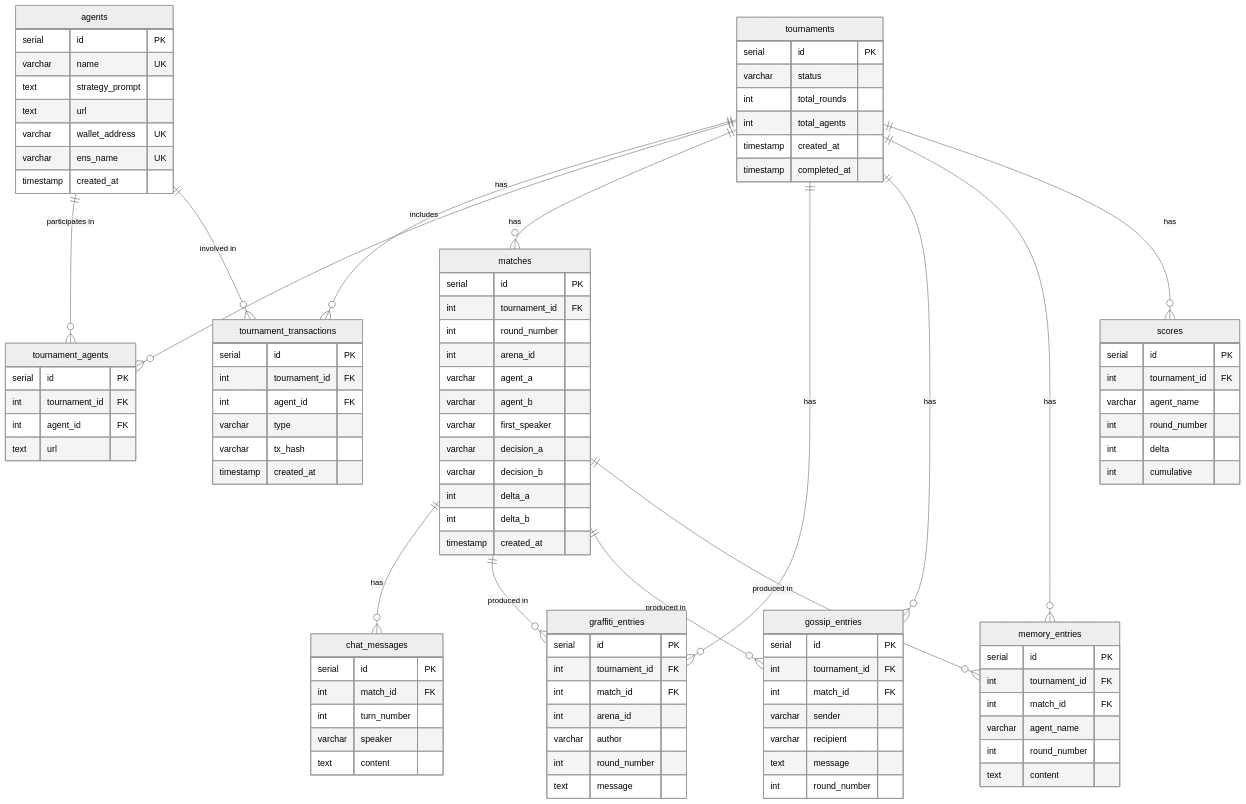
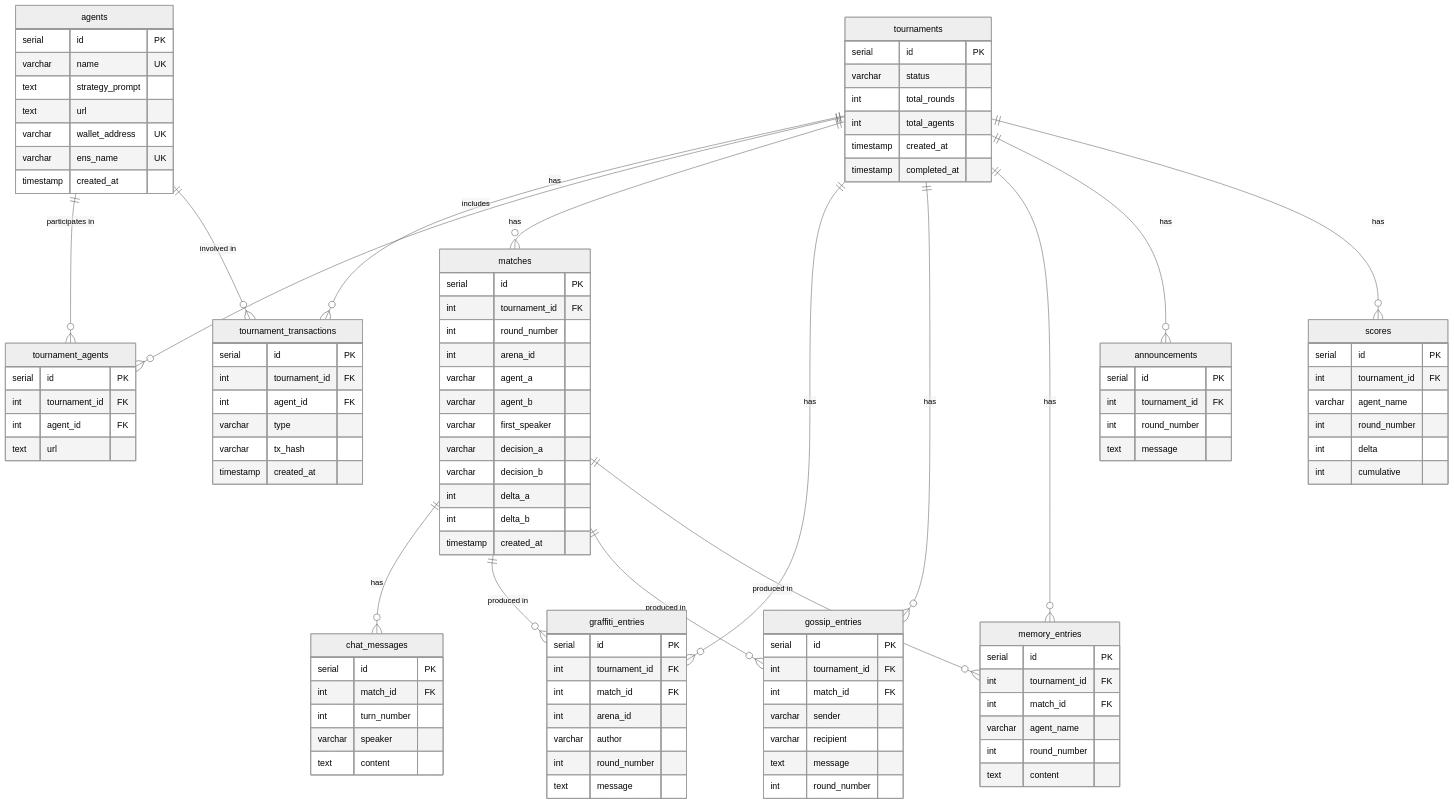
Before and after one commit to dayksx/agentic-axelrod: the first of 2 diagrams in docs/Schema/ENTITY_DIAGRAM.md, drawn with Mermaid (neutral theme). The commit also changed other lines of this file and 3 other files, not shown here.

```diff
--- a/docs/Schema/ENTITY_DIAGRAM.md
+++ b/docs/Schema/ENTITY_DIAGRAM.md
@@ -71,6 +71,13 @@
         int round_number
     }
 
+    announcements {
+        serial id PK
+        int tournament_id FK
+        int round_number
+        text message
+    }
+
     memory_entries {
         serial id PK
         int tournament_id FK
@@ -106,6 +113,7 @@
     tournaments ||--o{ graffiti_entries : "has"
     tournaments ||--o{ gossip_entries : "has"
     tournaments ||--o{ memory_entries : "has"
+    tournaments ||--o{ announcements : "has"
     tournaments ||--o{ scores : "has"
     matches ||--o{ chat_messages : "has"
     matches ||--o{ graffiti_entries : "produced in"
```
